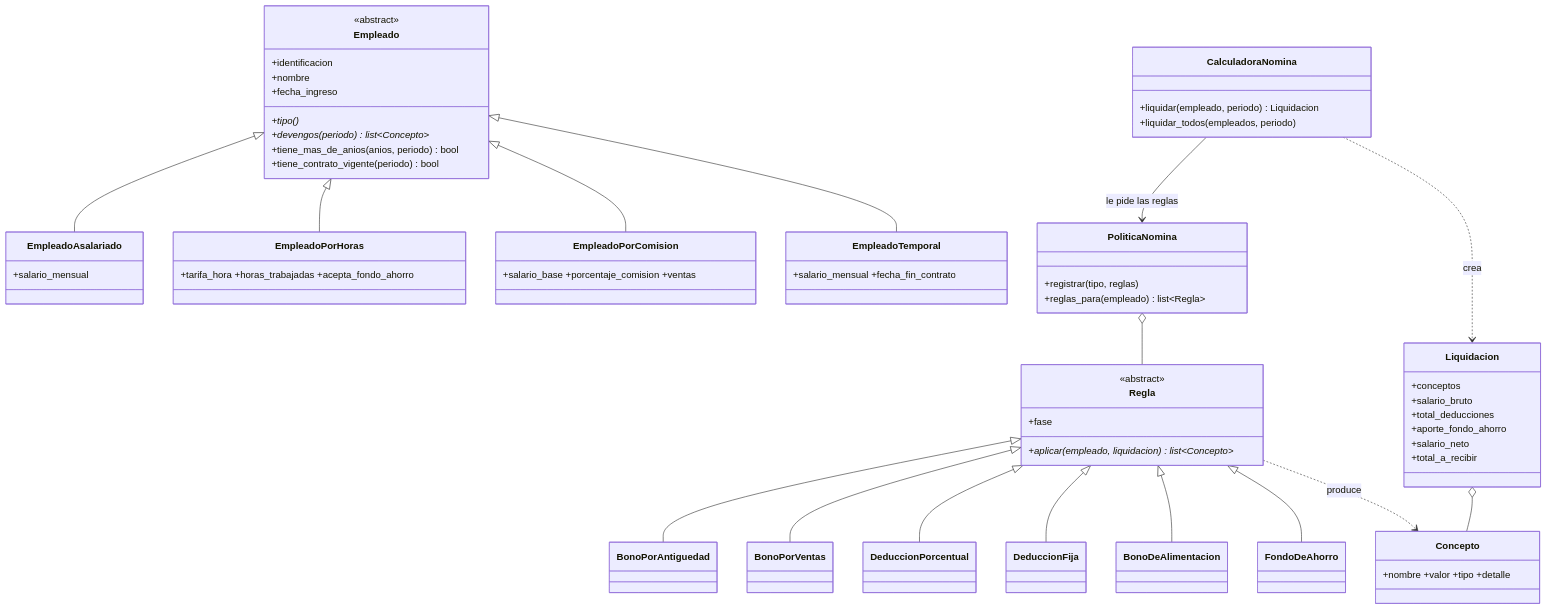
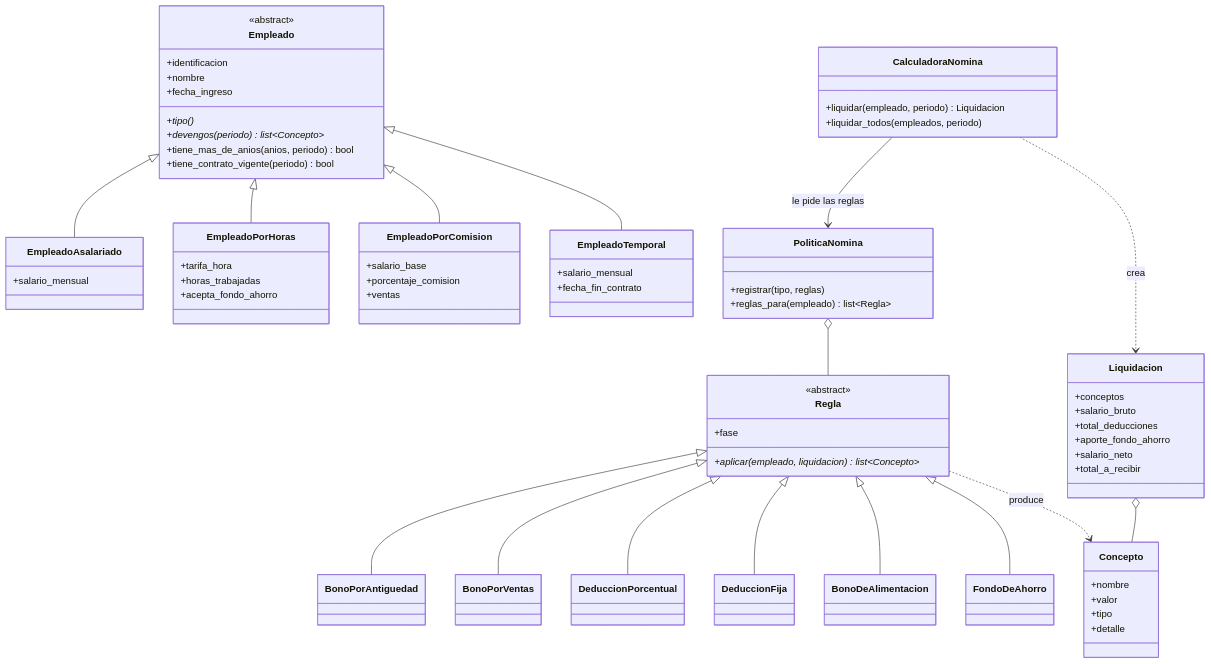
The diagram in README.md (Tupap1/sistema-nomina-poo), drawn with Mermaid before and after one commit.

Commit message:
docs: atributos del diagrama de clases uno por línea

````diff
--- a/README.md
+++ b/README.md
@@ -58,57 +58,75 @@
 ```mermaid
 classDiagram
     class Empleado {
         <<abstract>>
         +identificacion
         +nombre
         +fecha_ingreso
         +tipo()*
         +devengos(periodo)* list~Concepto~
         +tiene_mas_de_anios(anios, periodo) bool
         +tiene_contrato_vigente(periodo) bool
     }
     Empleado <|-- EmpleadoAsalariado
     Empleado <|-- EmpleadoPorHoras
     Empleado <|-- EmpleadoPorComision
     Empleado <|-- EmpleadoTemporal
-    class EmpleadoAsalariado { +salario_mensual }
-    class EmpleadoPorHoras { +tarifa_hora +horas_trabajadas +acepta_fondo_ahorro }
-    class EmpleadoPorComision { +salario_base +porcentaje_comision +ventas }
-    class EmpleadoTemporal { +salario_mensual +fecha_fin_contrato }
+    class EmpleadoAsalariado {
+        +salario_mensual
+    }
+    class EmpleadoPorHoras {
+        +tarifa_hora
+        +horas_trabajadas
+        +acepta_fondo_ahorro
+    }
+    class EmpleadoPorComision {
+        +salario_base
+        +porcentaje_comision
+        +ventas
+    }
+    class EmpleadoTemporal {
+        +salario_mensual
+        +fecha_fin_contrato
+    }
 
     class Regla {
         <<abstract>>
         +fase
         +aplicar(empleado, liquidacion)* list~Concepto~
     }
     Regla <|-- BonoPorAntiguedad
     Regla <|-- BonoPorVentas
     Regla <|-- DeduccionPorcentual
     Regla <|-- DeduccionFija
     Regla <|-- BonoDeAlimentacion
     Regla <|-- FondoDeAhorro
 
     class PoliticaNomina {
         +registrar(tipo, reglas)
         +reglas_para(empleado) list~Regla~
     }
     class CalculadoraNomina {
         +liquidar(empleado, periodo) Liquidacion
         +liquidar_todos(empleados, periodo)
     }
     class Liquidacion {
         +conceptos
         +salario_bruto
         +total_deducciones
         +aporte_fondo_ahorro
         +salario_neto
         +total_a_recibir
     }
-    class Concepto { +nombre +valor +tipo +detalle }
+    class Concepto {
+        +nombre
+        +valor
+        +tipo
+        +detalle
+    }
 
     CalculadoraNomina --> PoliticaNomina : le pide las reglas
     PoliticaNomina o-- Regla
     CalculadoraNomina ..> Liquidacion : crea
     Liquidacion o-- Concepto
     Regla ..> Concepto : produce
 ```
````
